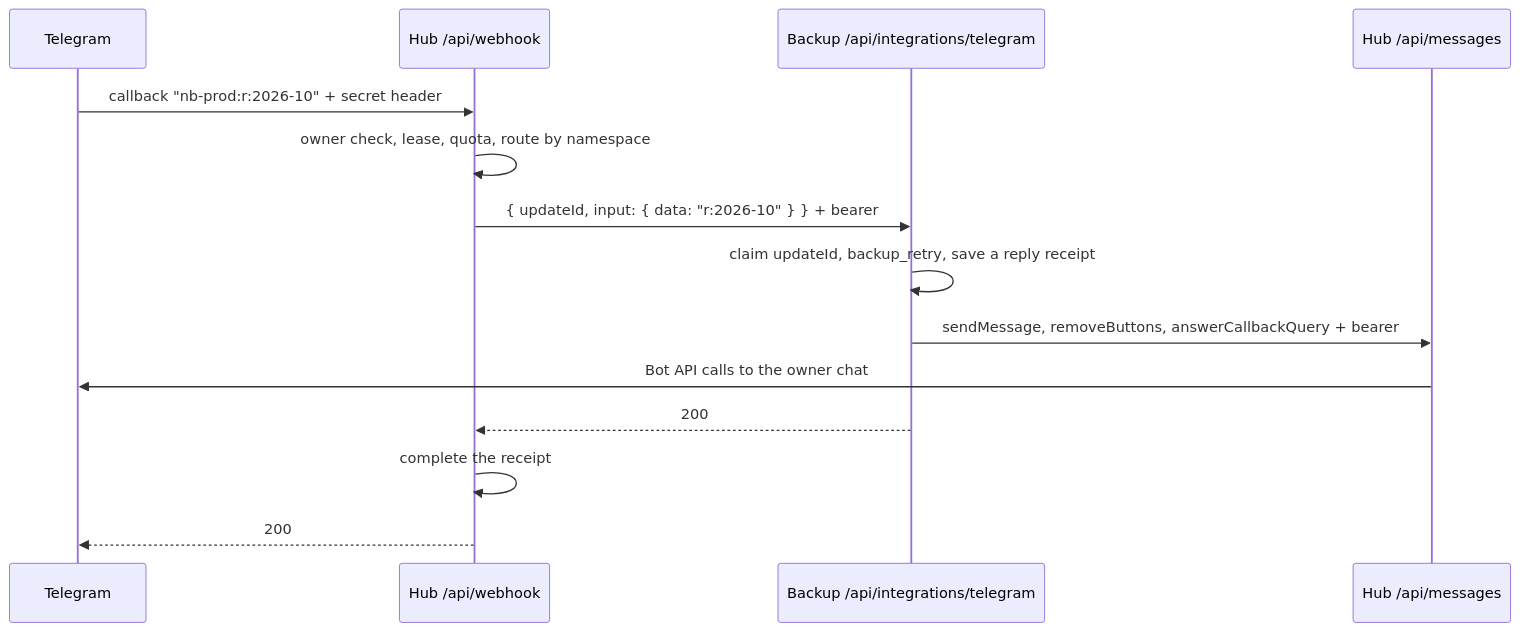
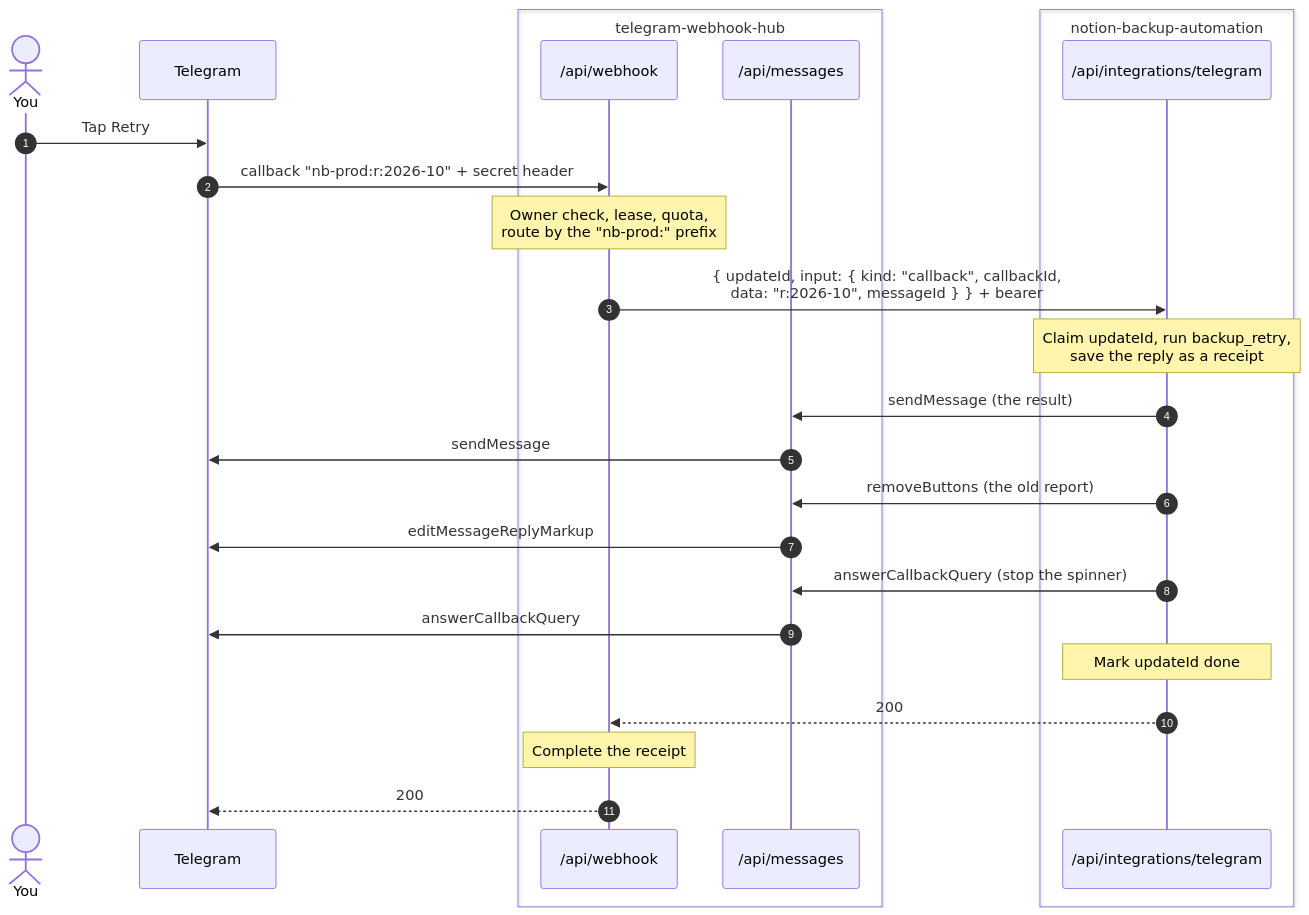
Before and after one commit to itemka/nodejs-backend-mastery: the second of 2 diagrams in workspaces/apps/telegram-webhook-hub/docs/webhook-flow.md, drawn with Mermaid. The commit also changed other lines of this file and 4 other files, not shown here.

First line of the commit message:
docs(notion-backup-automation): simplify the backup app and hub docs (#85)

````diff
--- a/workspaces/apps/telegram-webhook-hub/docs/webhook-flow.md
+++ b/workspaces/apps/telegram-webhook-hub/docs/webhook-flow.md
@@ -46,16 +44,28 @@
 ```mermaid
 sequenceDiagram
+  autonumber
+  actor You
   participant T as Telegram
-  participant H as Hub /api/webhook
-  participant B as Backup /api/integrations/telegram
-  participant M as Hub /api/messages
+  box telegram-webhook-hub
+    participant H as /api/webhook
+    participant M as /api/messages
+  end
+  box notion-backup-automation
+    participant B as /api/integrations/telegram
+  end
+  You->>T: Tap Retry
   T->>H: callback "nb-prod:r:2026-10" + secret header
-  H->>H: owner check, lease, quota, route by namespace
-  H->>B: { updateId, input: { data: "r:2026-10" } } + bearer
-  B->>B: claim updateId, backup_retry, save a reply receipt
-  B->>M: sendMessage, removeButtons, answerCallbackQuery + bearer
-  M->>T: Bot API calls to the owner chat
+  Note over H: Owner check, lease, quota,<br/>route by the "nb-prod:" prefix
+  H->>B: { updateId, input: { kind: "callback", callbackId,<br/>data: "r:2026-10", messageId } } + bearer
+  Note over B: Claim updateId, run backup_retry,<br/>save the reply as a receipt
+  B->>M: sendMessage (the result)
+  M->>T: sendMessage
+  B->>M: removeButtons (the old report)
+  M->>T: editMessageReplyMarkup
+  B->>M: answerCallbackQuery (stop the spinner)
+  M->>T: answerCallbackQuery
+  Note over B: Mark updateId done
   B-->>H: 200
-  H->>H: complete the receipt
+  Note over H: Complete the receipt
   H-->>T: 200
 ```
````
